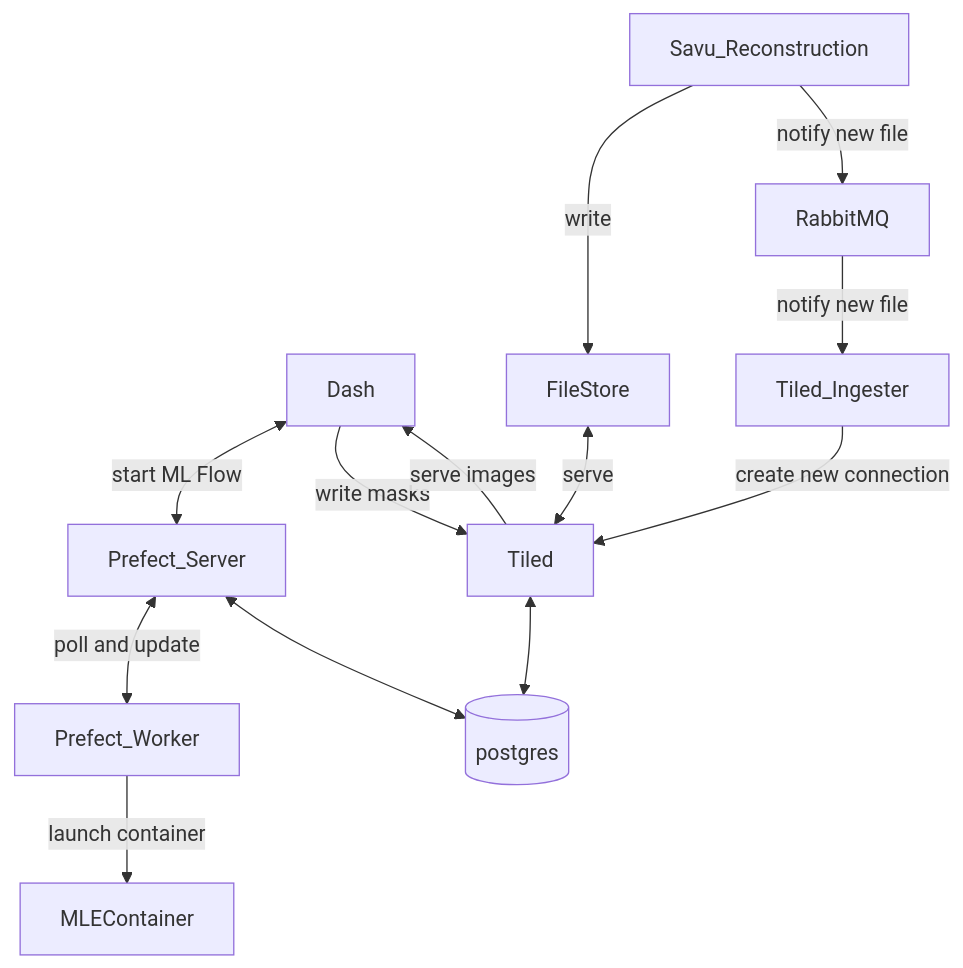
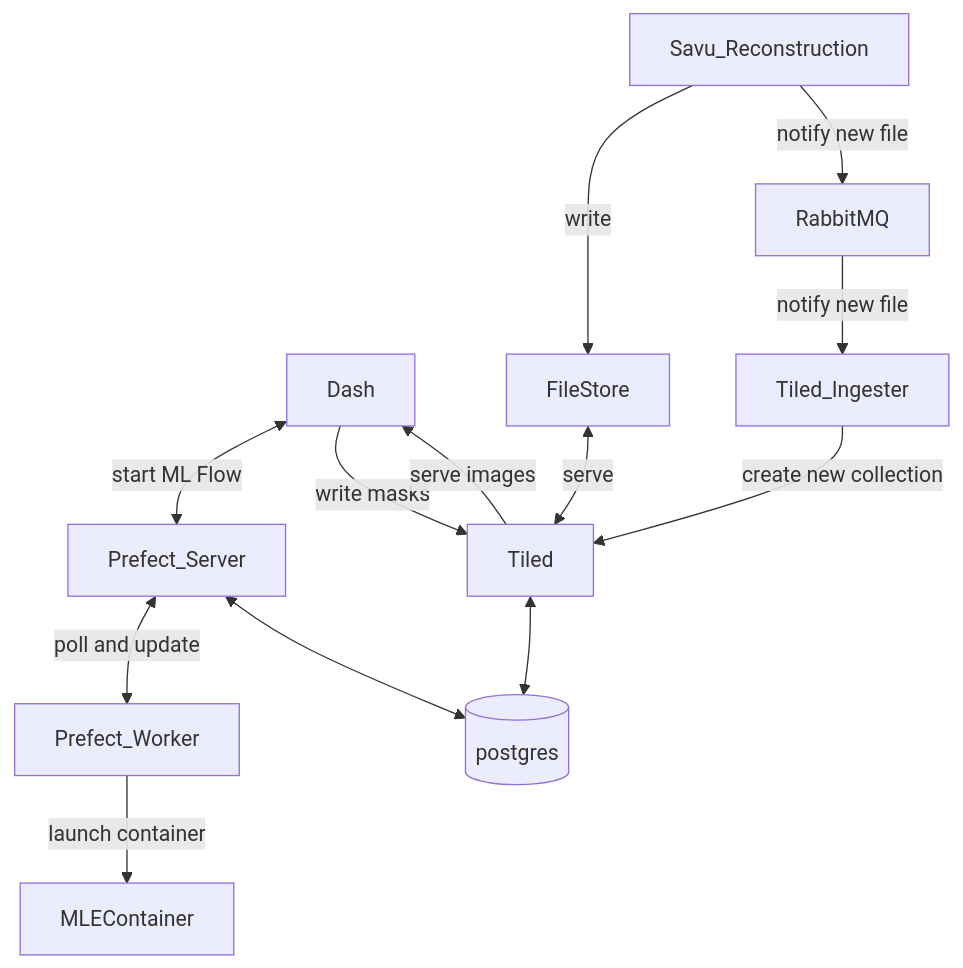
One commit to mlexchange/mlex_tomo_framework changed the diagram in README.md. Above: the diagram before and after it, drawn with Mermaid. The commit also changed other lines of this file, not shown here.

````diff
--- a/README.md
+++ b/README.md
@@ -10,15 +10,15 @@
 ```mermaid
 graph TD;
     Dash<-- start ML Flow -->Prefect_Server;
     Dash-- write masks -->Tiled;
     Tiled-- serve images -->Dash;
     Prefect_Server<-- poll and update -->Prefect_Worker;
     Prefect_Server<-->postgres[(postgres)];
     Prefect_Worker-- launch container -->MLEContainer;
     Tiled<-->postgres;
     FileStore<-- serve -->Tiled;
     Savu_Reconstruction-- write-->FileStore;
     Savu_Reconstruction-- notify new file-->RabbitMQ;
     RabbitMQ-- notify new file-->Tiled_Ingester;
-    Tiled_Ingester-- create new connection-->Tiled;
+    Tiled_Ingester-- create new collection-->Tiled;
 ```
````
